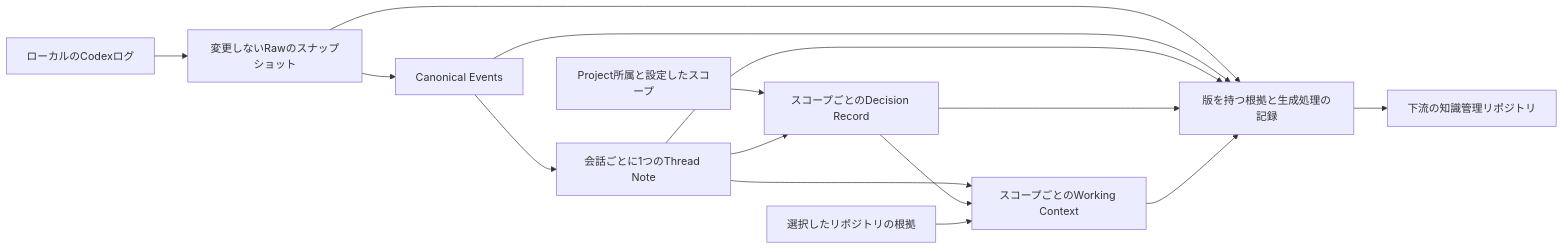
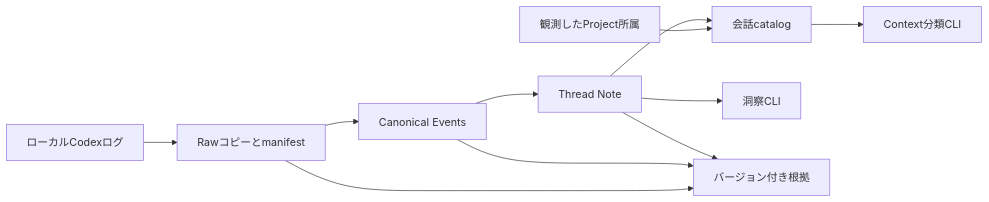
Before and after one commit to tuckn/tkn_codex_chat_note_pipeline: the diagram in README_ja.md, drawn with Mermaid. The commit also changed other lines of this file and 73 other files, not shown here.

````diff
--- a/README_ja.md
+++ b/README_ja.md
@@ -18,17 +160,13 @@
-```mermaid
+~~~mermaid
 flowchart LR
-    S[ローカルのCodexログ] --> R[変更しないRawのスナップショット]
-    R --> E[Canonical Events]
-    E --> T[会話ごとに1つのThread Note]
-    M[Project所属と設定したスコープ] --> D[スコープごとのDecision Record]
-    T --> D
-    T --> W[スコープごとのWorking Context]
-    D --> W
-    F[選択したリポジトリの根拠] --> W
-    R --> P[版を持つ根拠と生成処理の記録]
+    L["ローカルCodexログ"] --> R["Rawコピーとmanifest"]
+    R --> E["Canonical Events"]
+    E --> T["Thread Note"]
+    M["観測したProject所属"] --> C["会話catalog"]
+    T --> C
+    C --> U["Context分類CLI"]
+    T --> I["洞察CLI"]
+    R --> P["バージョン付き根拠"]
     E --> P
     T --> P
-    D --> P
-    W --> P
-    P --> K[下流の知識管理リポジトリ]
-```
+~~~
````
